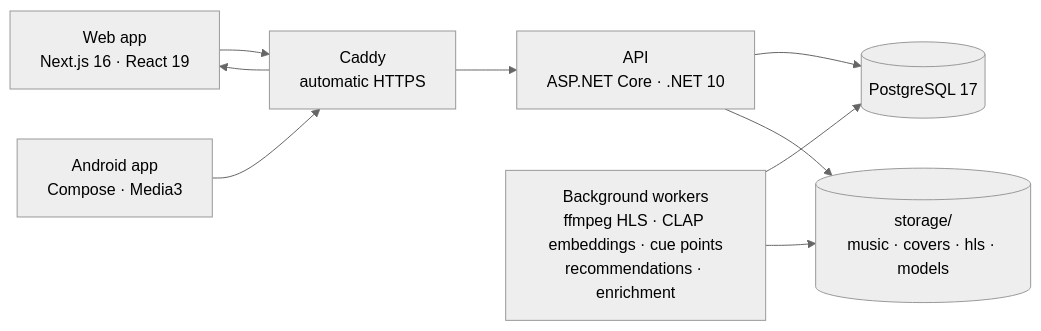
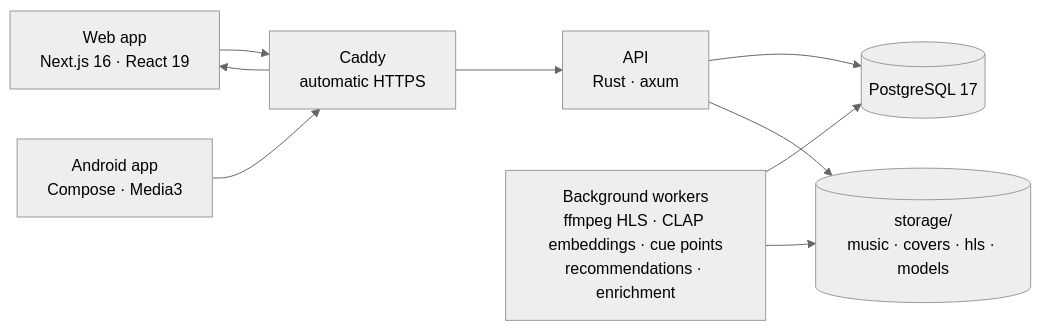
The diagram in README.md (BulatRuslanovich/music-streaming), drawn with Mermaid (neutral theme) before and after one commit. The commit also changed other lines of this file and 706 other files, not shown here.

````diff
--- a/README.md
+++ b/README.md
@@ -130,19 +130,19 @@
 ```mermaid
 flowchart LR
     web["Web app<br/>Next.js 16 · React 19"]
     android["Android app<br/>Compose · Media3"]
     caddy["Caddy<br/>automatic HTTPS"]
-    api["API<br/>ASP.NET Core · .NET 10"]
+    api["API<br/>Rust · axum"]
     workers["Background workers<br/>ffmpeg HLS · CLAP embeddings · cue points<br/>recommendations · enrichment"]
     db[("PostgreSQL 17")]
     disk[("storage/<br/>music · covers · hls · models")]
 
     web --> caddy
     android --> caddy
     caddy --> api
     caddy --> web
     api --> db
     api --> disk
     workers --> db
     workers --> disk
 ```
````
